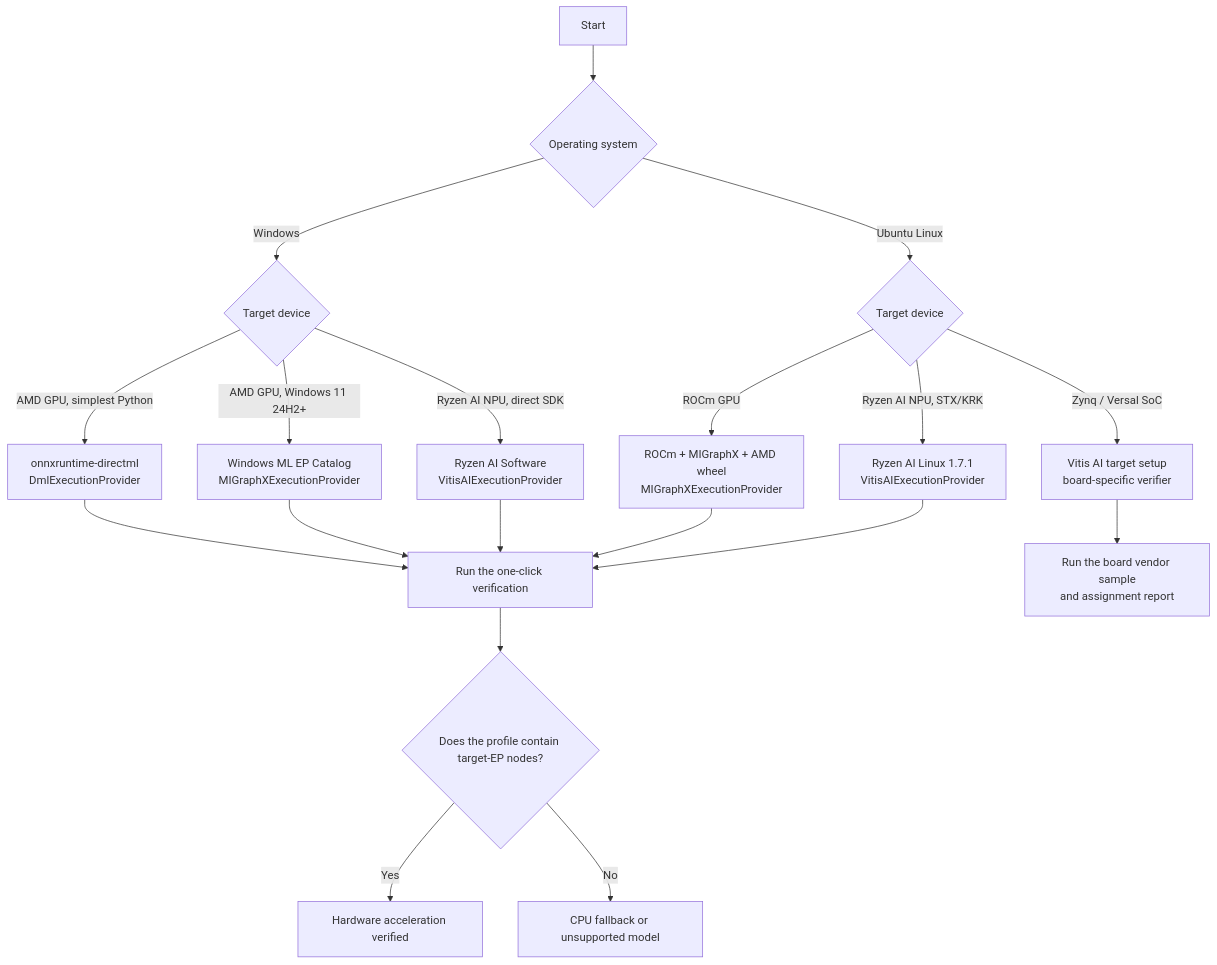
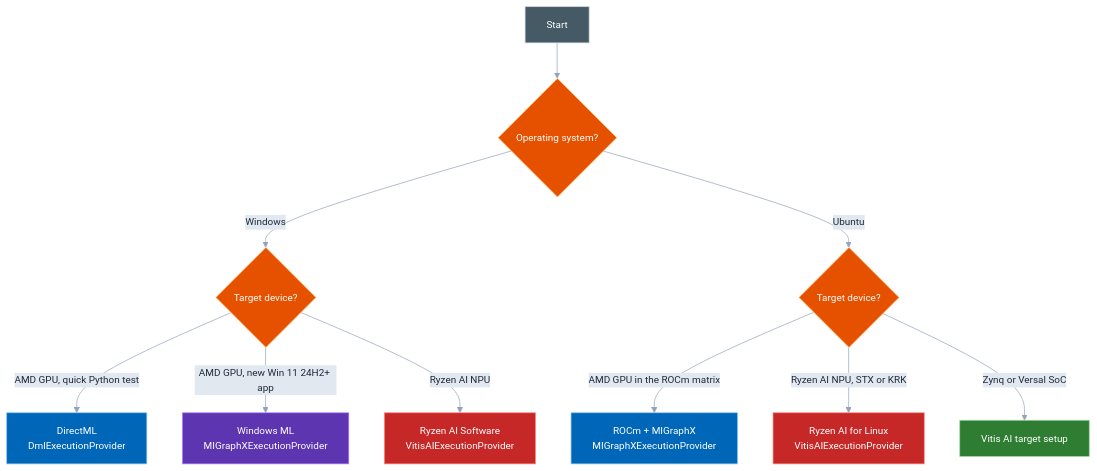
Before and after one commit to DakeQQ/Tutorial-ONNX-Runtime-Execution-Providers: the second of 9 diagrams in AMD/README.md, drawn with Mermaid. The commit also changed other lines of this file and 15 other files, not shown here.

````diff
--- a/AMD/README.md
+++ b/AMD/README.md
@@ -34,24 +103,26 @@
 ```mermaid
+%%{init: {"theme":"base","themeVariables":{"fontSize":"14px","lineColor":"#94a3b8","edgeLabelBackground":"#e2e8f0","primaryTextColor":"#1e293b"}}}%%
 flowchart TD
-    A[Start] --> B{Operating system}
-    B -->|Windows| C{Target device}
-    B -->|Ubuntu Linux| D{Target device}
+    A["Start"] --> B{"Operating system?"}
+    B -->|Windows| C{"Target device?"}
+    B -->|Ubuntu| D{"Target device?"}
 
-    C -->|AMD GPU, simplest Python| E[onnxruntime-directml<br/>DmlExecutionProvider]
-    C -->|AMD GPU, Windows 11 24H2+| F[Windows ML EP Catalog<br/>MIGraphXExecutionProvider]
-    C -->|Ryzen AI NPU, direct SDK| G[Ryzen AI Software<br/>VitisAIExecutionProvider]
+    C -->|"AMD GPU, quick Python test"| E["DirectML<br/>DmlExecutionProvider"]
+    C -->|"AMD GPU, new Win 11 24H2+ app"| F["Windows ML<br/>MIGraphXExecutionProvider"]
+    C -->|"Ryzen AI NPU"| G["Ryzen AI Software<br/>VitisAIExecutionProvider"]
 
-    D -->|ROCm GPU| H[ROCm + MIGraphX + AMD wheel<br/>MIGraphXExecutionProvider]
-    D -->|Ryzen AI NPU, STX/KRK| I[Ryzen AI Linux 1.7.1<br/>VitisAIExecutionProvider]
-    D -->|Zynq / Versal SoC| J[Vitis AI target setup<br/>board-specific verifier]
+    D -->|"AMD GPU in the ROCm matrix"| H["ROCm + MIGraphX<br/>MIGraphXExecutionProvider"]
+    D -->|"Ryzen AI NPU, STX or KRK"| I["Ryzen AI for Linux<br/>VitisAIExecutionProvider"]
+    D -->|"Zynq or Versal SoC"| J["Vitis AI target setup"]
 
-    E --> K[Run the one-click verification]
-    F --> K
-    G --> K
-    H --> K
-    I --> K
-    J --> O[Run the board vendor sample<br/>and assignment report]
-    K --> L{Does the profile contain target-EP nodes?}
-    L -->|Yes| M[Hardware acceleration verified]
-    L -->|No| N[CPU fallback or unsupported model]
+    style A fill:#455a64,stroke:#cfd8dc,color:#ffffff
+    style B fill:#e65100,stroke:#ffcc80,color:#ffffff
+    style C fill:#e65100,stroke:#ffcc80,color:#ffffff
+    style D fill:#e65100,stroke:#ffcc80,color:#ffffff
+    style E fill:#0067b8,stroke:#8dc8f4,color:#ffffff
+    style F fill:#5e35b1,stroke:#b388ff,color:#ffffff
+    style G fill:#c62828,stroke:#ff8a80,color:#ffffff
+    style H fill:#0067b8,stroke:#8dc8f4,color:#ffffff
+    style I fill:#c62828,stroke:#ff8a80,color:#ffffff
+    style J fill:#2e7d32,stroke:#a5d6a7,color:#ffffff
 ```
````
